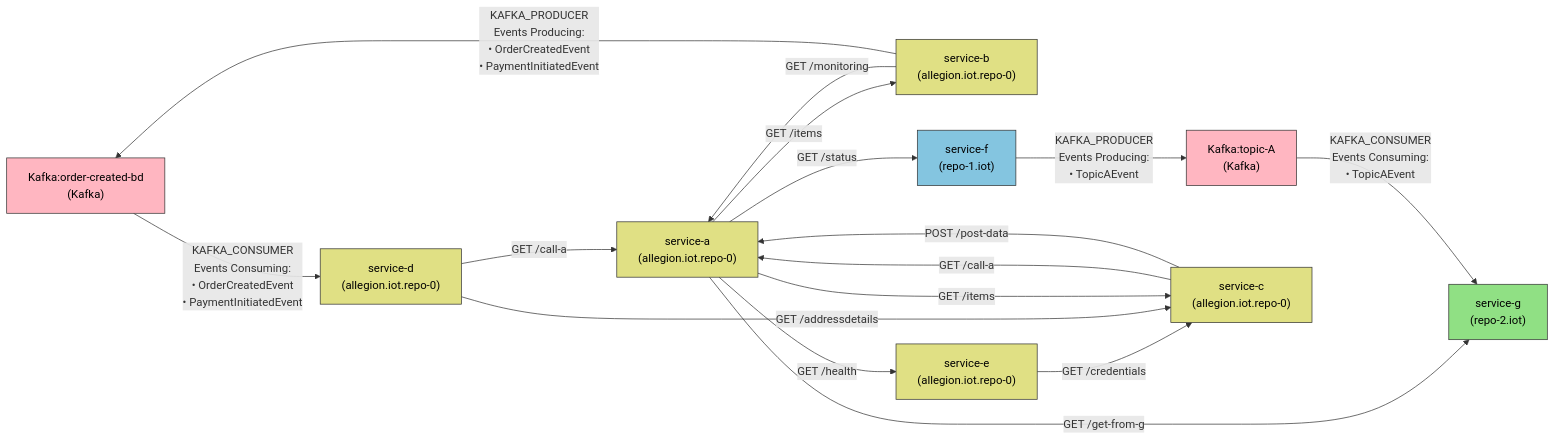
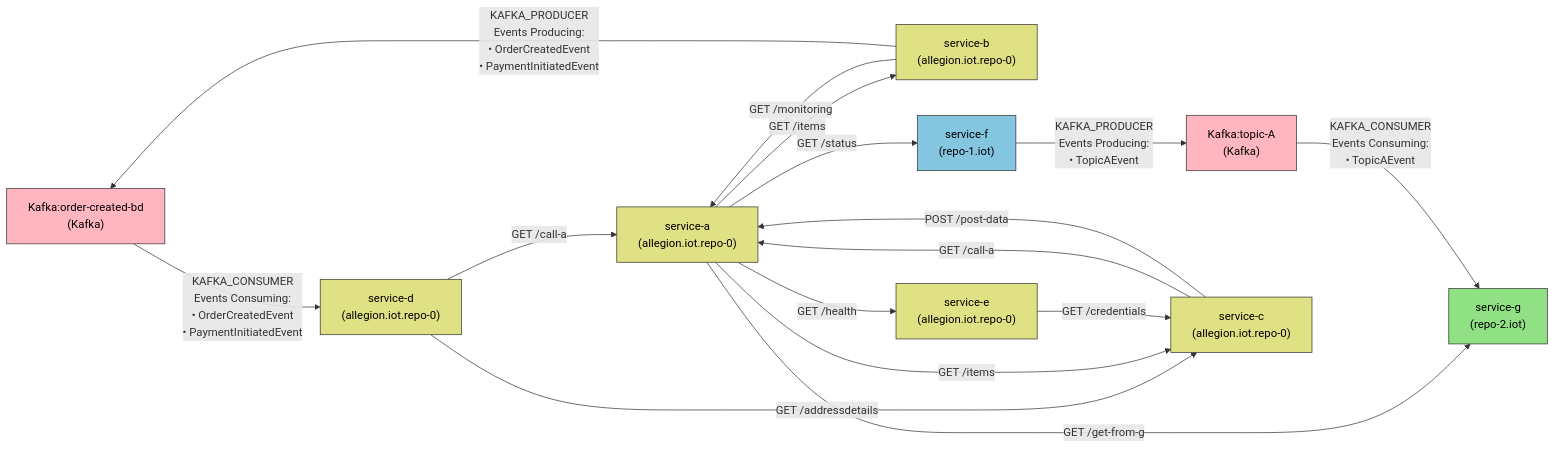
One commit to lokesh0507/First_project changed the diagram in output/deps.md. Above: the diagram before and after it, drawn with Mermaid. The commit also changed other lines of this file and 1 other file, not shown here.

Commit message:
Auto-update dependency graph [skip ci]

````diff
--- a/output/deps.md
+++ b/output/deps.md
@@ -1,47 +1,47 @@
 ```mermaid
 graph LR
 classDef Kafka fill:#FFB6C1,stroke:#333,color:#000
 classDef allegion_iot_repo_0 fill:#E0E084,stroke:#333,color:#000
 classDef repo_1_iot fill:#84C5E0,stroke:#333,color:#000
 classDef repo_2_iot fill:#90E084,stroke:#333,color:#000
 
   Kafka_order_created_bd["Kafka:order-created-bd
 (Kafka)"]
   Kafka_topic_A["Kafka:topic-A
 (Kafka)"]
   service_a["service-a
 (allegion.iot.repo-0)"]
   service_b["service-b
 (allegion.iot.repo-0)"]
   service_c["service-c
 (allegion.iot.repo-0)"]
   service_d["service-d
 (allegion.iot.repo-0)"]
   service_e["service-e
 (allegion.iot.repo-0)"]
   service_f["service-f
 (repo-1.iot)"]
   service_g["service-g
 (repo-2.iot)"]
 
-  service_e -->|GET /credentials| service_c
+  service_c -->|GET /call-a| service_a
+  service_c -->|POST /post-data| service_a
   service_d -->|GET /call-a| service_a
   service_d -->|GET /addressdetails| service_c
   service_a -->|GET /items| service_b
   service_a -->|GET /items| service_c
   service_a -->|GET /health| service_e
   service_a -->|GET /get-from-g| service_g
   service_a -->|GET /status| service_f
-  service_c -->|GET /call-a| service_a
-  service_c -->|POST /post-data| service_a
+  service_e -->|GET /credentials| service_c
   service_b -->|GET /monitoring| service_a
   Kafka_order_created_bd -->|"KAFKA_CONSUMER<br/>Events Consuming:<br/>• OrderCreatedEvent<br/>• PaymentInitiatedEvent"| service_d
   service_b -->|"KAFKA_PRODUCER<br/>Events Producing:<br/>• OrderCreatedEvent<br/>• PaymentInitiatedEvent"| Kafka_order_created_bd
   Kafka_topic_A -->|"KAFKA_CONSUMER<br/>Events Consuming:<br/>• TopicAEvent"| service_g
   service_f -->|"KAFKA_PRODUCER<br/>Events Producing:<br/>• TopicAEvent"| Kafka_topic_A
 
 class Kafka_order_created_bd,Kafka_topic_A Kafka
 class service_a,service_b,service_c,service_d,service_e allegion_iot_repo_0
 class service_f repo_1_iot
 class service_g repo_2_iot
 ```
````
